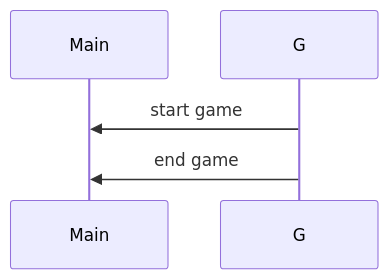
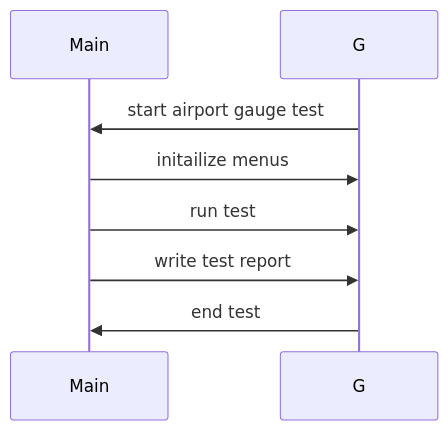
The second of 2 diagrams in actions/format_example_for_design_api.md (EGAdams/swift-metagpt), drawn with Mermaid before and after one commit. The commit also changed other lines of this file and 5 other files, not shown here.

````diff
--- a/actions/format_example_for_design_api.md
+++ b/actions/format_example_for_design_api.md
@@ -28,6 +29,9 @@
 ```mermaid
 sequenceDiagram
     participant M as Main
-    G->>M: start game
-    G->>M: end game
+    G->>M: start airport gauge test
+    M->>G: initailize menus
+    M->>G: run test
+    M->>G: write test report
+    G->>M: end test
 ```
````
